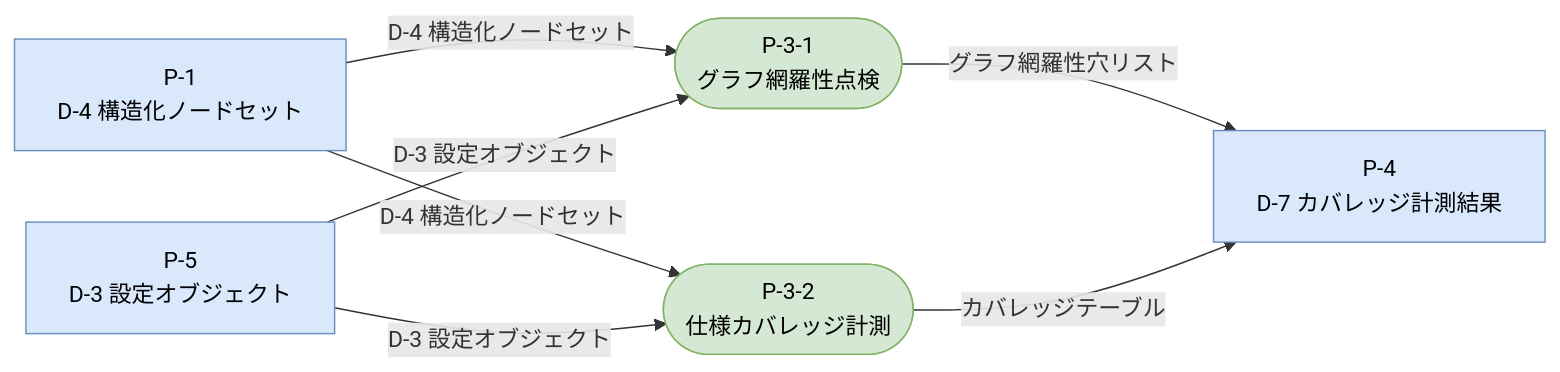
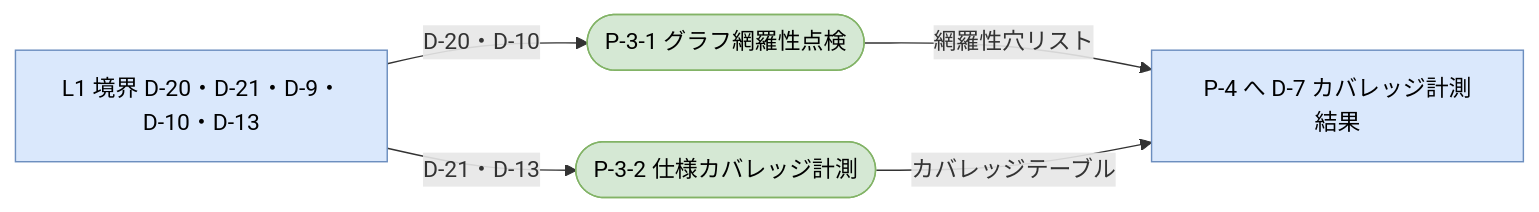
Before and after one commit to hiratashinnya/review-system: diagram 11 of 15 in doc-system/03-analysis/00-dfd.md, drawn with Mermaid. The commit also changed other lines of this file, not shown here.

````diff
--- a/doc-system/03-analysis/00-dfd.md
+++ b/doc-system/03-analysis/00-dfd.md
@@ -140,22 +319,14 @@
 ```mermaid
 flowchart LR
   classDef l1ext fill:#dae8fc,stroke:#6c8ebf,color:#000
   classDef proc  fill:#d5e8d4,stroke:#82b366,color:#000
 
-  %% L1 境界
-  LP1["P-1\nD-4 構造化ノードセット"]:::l1ext
-  LP5["P-5\nD-3 設定オブジェクト"]:::l1ext
-  LP4["P-4\nD-7 カバレッジ計測結果"]:::l1ext
+  B["L1 境界 D-20・D-21・D-9・D-10・D-13"]:::l1ext
+  LP4["P-4 へ D-7 カバレッジ計測結果"]:::l1ext
 
-  %% P-3 の子プロセス
-  P31(["P-3-1\nグラフ網羅性点検"]):::proc
-  P32(["P-3-2\n仕様カバレッジ計測"]):::proc
+  P31(["P-3-1 グラフ網羅性点検"]):::proc
+  P32(["P-3-2 仕様カバレッジ計測"]):::proc
 
-  %% データフロー
-  LP1 -->|"D-4 構造化ノードセット"| P31
-  LP1 -->|"D-4 構造化ノードセット"| P32
-  LP5 -->|"D-3 設定オブジェクト"| P31
-  LP5 -->|"D-3 設定オブジェクト"| P32
-  P31 -->|"グラフ網羅性穴リスト"| LP4
-  P32 -->|"カバレッジテーブル"| LP4
+  B -->|"D-20・D-10"| P31 -->|"網羅性穴リスト"| LP4
+  B -->|"D-21・D-13"| P32 -->|"カバレッジテーブル"| LP4
 ```
````
